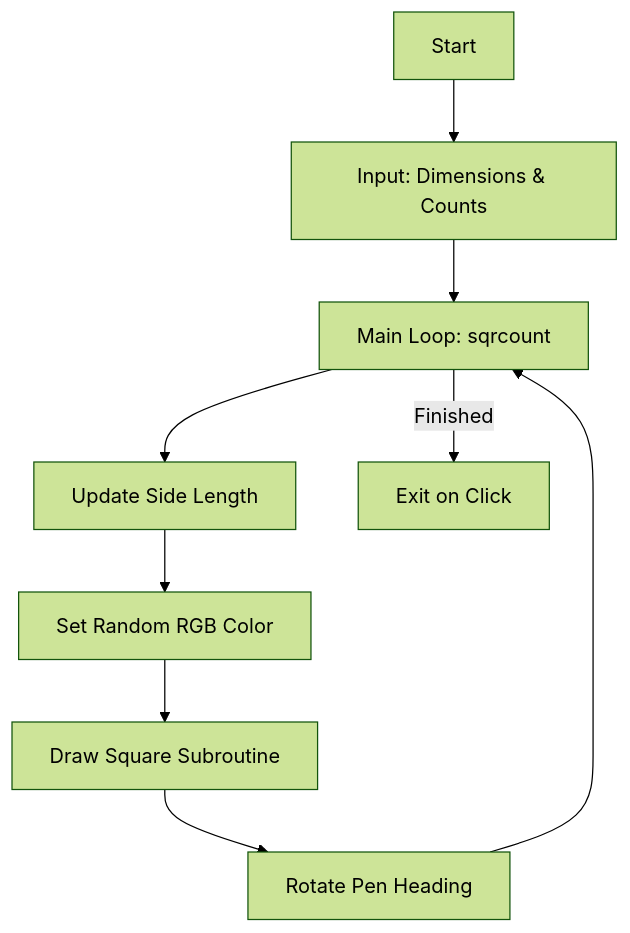
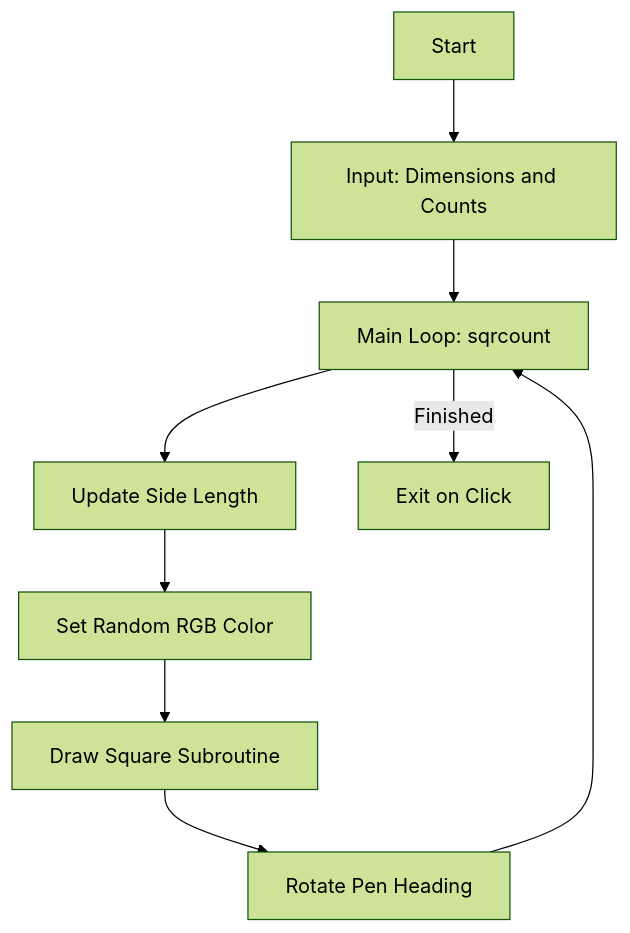
Before and after one commit to J-Moessmer/Python_excercises_BITLC: the diagram in 26-02-25/01_Rotating_Squares/README.md, drawn with Mermaid (forest theme). The commit also changed 1 other file, not shown here.

Commit message:
docs: add README files for Rotating Squares and Class Car exercises

````diff
--- a/26-02-25/01_Rotating_Squares/README.md
+++ b/26-02-25/01_Rotating_Squares/README.md
@@ -9,11 +9,11 @@
 ```mermaid
 graph TD
-    A[Start] --> B[Input: Dimensions & Counts]
+    A[Start] --> B[Input: Dimensions and Counts]
     B --> C[Main Loop: sqrcount]
     C --> D[Update Side Length]
     D --> E[Set Random RGB Color]
     E --> F[Draw Square Subroutine]
     F --> G[Rotate Pen Heading]
     G --> C
     C -- Finished --> H[Exit on Click]
 ```
````
